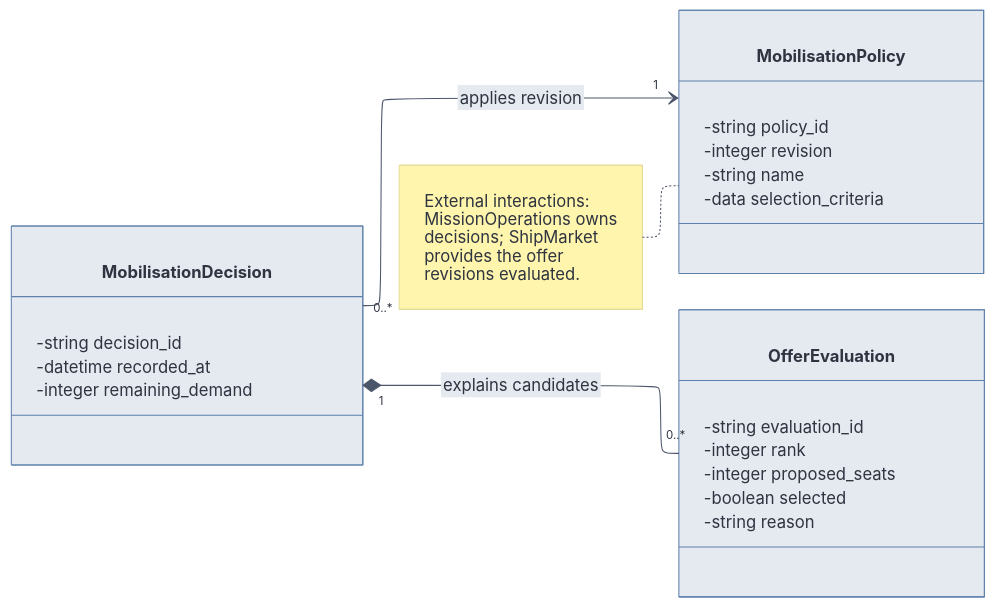
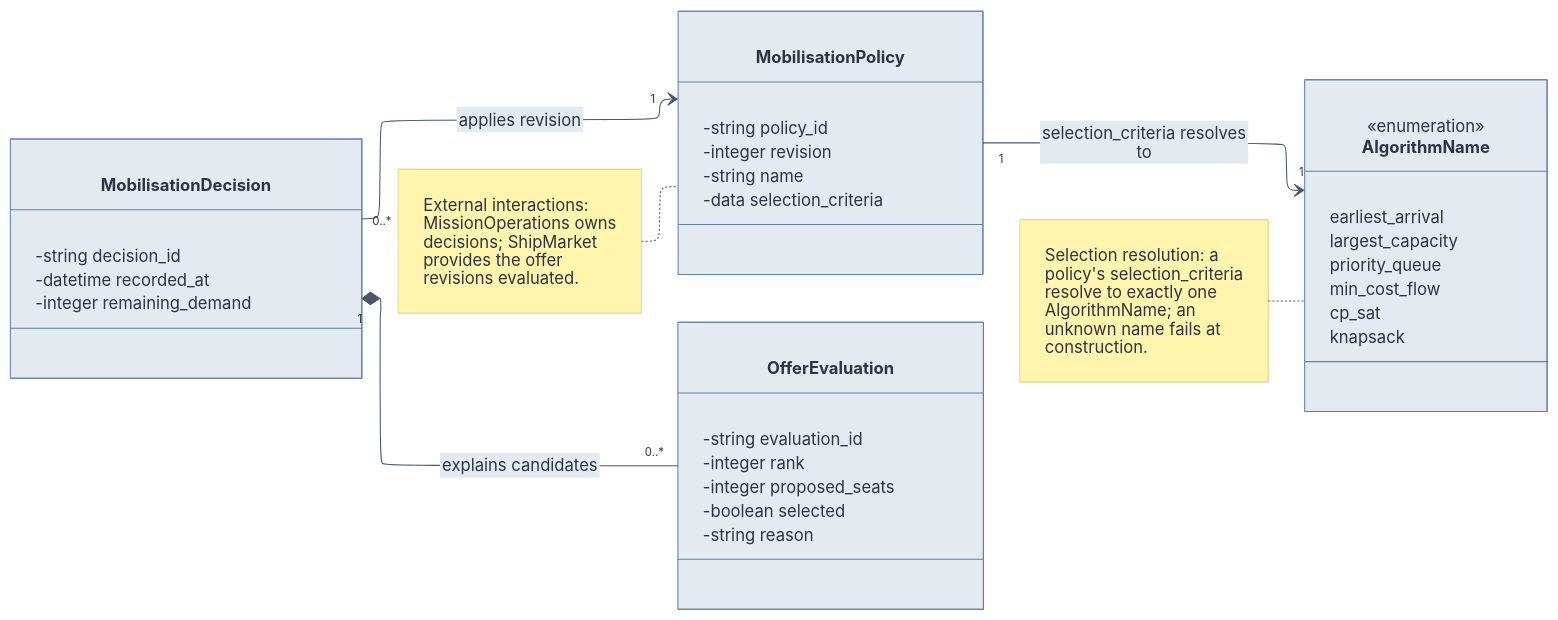
Before and after one commit to mariaxmxavier/space-rescue-system: the diagram in docs/architecture/diagrams/rescue-domain-model/namespaces/Mobilisation/class-diagram.mmd, drawn with Mermaid. The commit also changed 98 other files, not shown here.

```diff
--- a/docs/architecture/diagrams/rescue-domain-model/namespaces/Mobilisation/class-diagram.mmd
+++ b/docs/architecture/diagrams/rescue-domain-model/namespaces/Mobilisation/class-diagram.mmd
@@ -1,51 +1,62 @@
 ---
 config:
   layout: elk
   theme: base
   htmlLabels: false
   fontFamily: Arial
   themeVariables:
     primaryColor: '#e5e9f0'
     primaryTextColor: '#2e3440'
     primaryBorderColor: '#5e81ac'
     lineColor: '#4c566a'
     tertiaryColor: '#eceff4'
     fontFamily: 'Arial, sans-serif'
   elk:
     mergeEdges: false
     nodePlacementStrategy: LINEAR_SEGMENTS
   class:
     nodeSpacing: 90
     rankSpacing: 100
     padding: 24
     diagramPadding: 40
     hideEmptyMembersBox: true
   er:
     nodeSpacing: 90
     rankSpacing: 100
     diagramPadding: 30
 ---
 classDiagram
     direction LR
     %% Authoritative scoped view of Mobilisation; see the diagram index for boundary relationships.
     class MobilisationPolicy {
         -string policy_id
         -integer revision
         -string name
         -data selection_criteria
     }
+    class AlgorithmName {
+        <<enumeration>>
+        earliest_arrival
+        largest_capacity
+        priority_queue
+        min_cost_flow
+        cp_sat
+        knapsack
+    }
     class MobilisationDecision {
         -string decision_id
         -datetime recorded_at
         -integer remaining_demand
     }
     class OfferEvaluation {
         -string evaluation_id
         -integer rank
         -integer proposed_seats
         -boolean selected
         -string reason
     }
     MobilisationDecision "0..*" --> "1" MobilisationPolicy : applies revision
     MobilisationDecision "1" *-- "0..*" OfferEvaluation : explains candidates
+    MobilisationPolicy "1" --> "1" AlgorithmName : selection_criteria resolves to
+    note for AlgorithmName "Selection resolution: a policy's selection_criteria resolve to exactly one AlgorithmName; an unknown name fails at construction."
     note for MobilisationPolicy "External interactions: MissionOperations owns decisions; ShipMarket provides the offer revisions evaluated."
```
